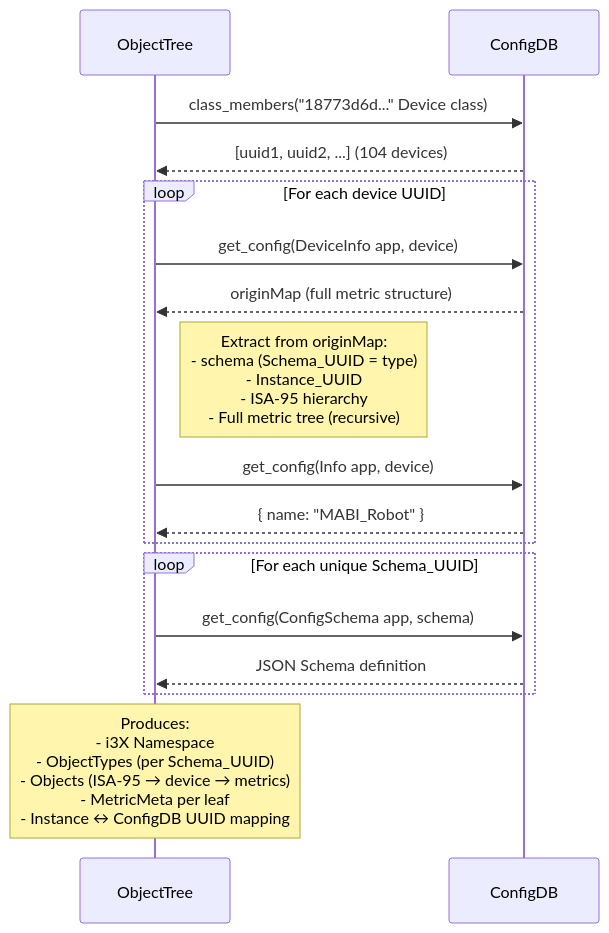
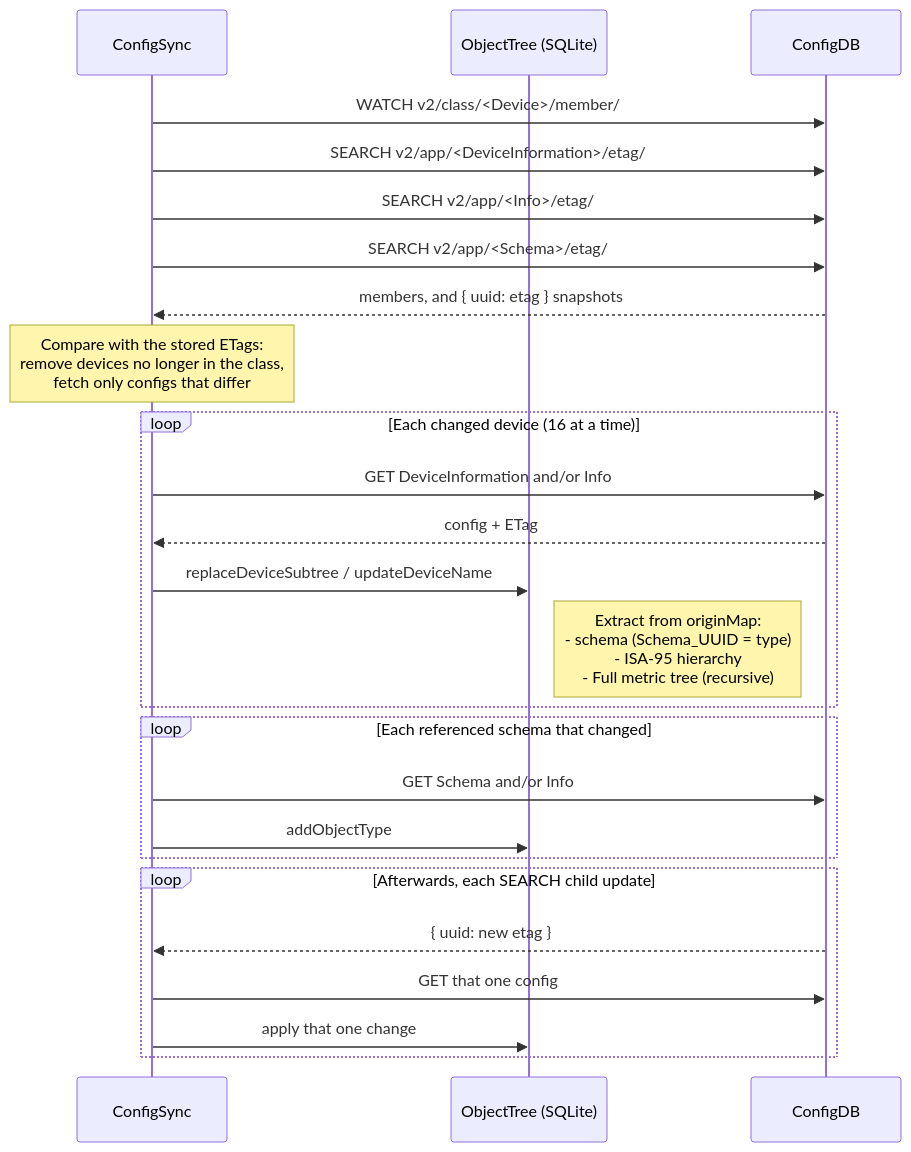
Before and after one commit to AMRC-FactoryPlus/amrc-connectivity-stack: the second of 5 diagrams in acs-i3x/docs/architecture.md, drawn with Mermaid. The commit also changed other lines of this file and 4 other files, not shown here.

First line of the commit message:
i3X docs: describe the SQLite store and ConfigDB sync

````diff
--- a/acs-i3x/docs/architecture.md
+++ b/acs-i3x/docs/architecture.md
@@ -31,24 +34,32 @@
 ```mermaid
 sequenceDiagram
-    participant OT as ObjectTree
+    participant CS as ConfigSync
+    participant OT as ObjectTree (SQLite)
     participant CDB as ConfigDB
 
-    OT->>CDB: class_members("18773d6d..." Device class)
-    CDB-->>OT: [uuid1, uuid2, ...] (104 devices)
-    
-    loop For each device UUID
-        OT->>CDB: get_config(DeviceInfo app, device)
-        CDB-->>OT: originMap (full metric structure)
-        Note right of OT: Extract from originMap:<br/>- schema (Schema_UUID = type)<br/>- Instance_UUID<br/>- ISA-95 hierarchy<br/>- Full metric tree (recursive)
-        
-        OT->>CDB: get_config(Info app, device)
-        CDB-->>OT: { name: "MABI_Robot" }
+    CS->>CDB: WATCH v2/class/<Device>/member/
+    CS->>CDB: SEARCH v2/app/<DeviceInformation>/etag/
+    CS->>CDB: SEARCH v2/app/<Info>/etag/
+    CS->>CDB: SEARCH v2/app/<Schema>/etag/
+    CDB-->>CS: members, and { uuid: etag } snapshots
+
+    Note over CS: Compare with the stored ETags:<br/>remove devices no longer in the class,<br/>fetch only configs that differ
+
+    loop Each changed device (16 at a time)
+        CS->>CDB: GET DeviceInformation and/or Info
+        CDB-->>CS: config + ETag
+        CS->>OT: replaceDeviceSubtree / updateDeviceName
+        Note right of OT: Extract from originMap:<br/>- schema (Schema_UUID = type)<br/>- ISA-95 hierarchy<br/>- Full metric tree (recursive)
     end
-    
-    loop For each unique Schema_UUID
-        OT->>CDB: get_config(ConfigSchema app, schema)
-        CDB-->>OT: JSON Schema definition
+
+    loop Each referenced schema that changed
+        CS->>CDB: GET Schema and/or Info
+        CS->>OT: addObjectType
     end
-    
-    Note over OT: Produces:<br/>- i3X Namespace<br/>- ObjectTypes (per Schema_UUID)<br/>- Objects (ISA-95 → device → metrics)<br/>- MetricMeta per leaf<br/>- Instance ↔ ConfigDB UUID mapping
+
+    loop Afterwards, each SEARCH child update
+        CDB-->>CS: { uuid: new etag }
+        CS->>CDB: GET that one config
+        CS->>OT: apply that one change
+    end
 ```
````
